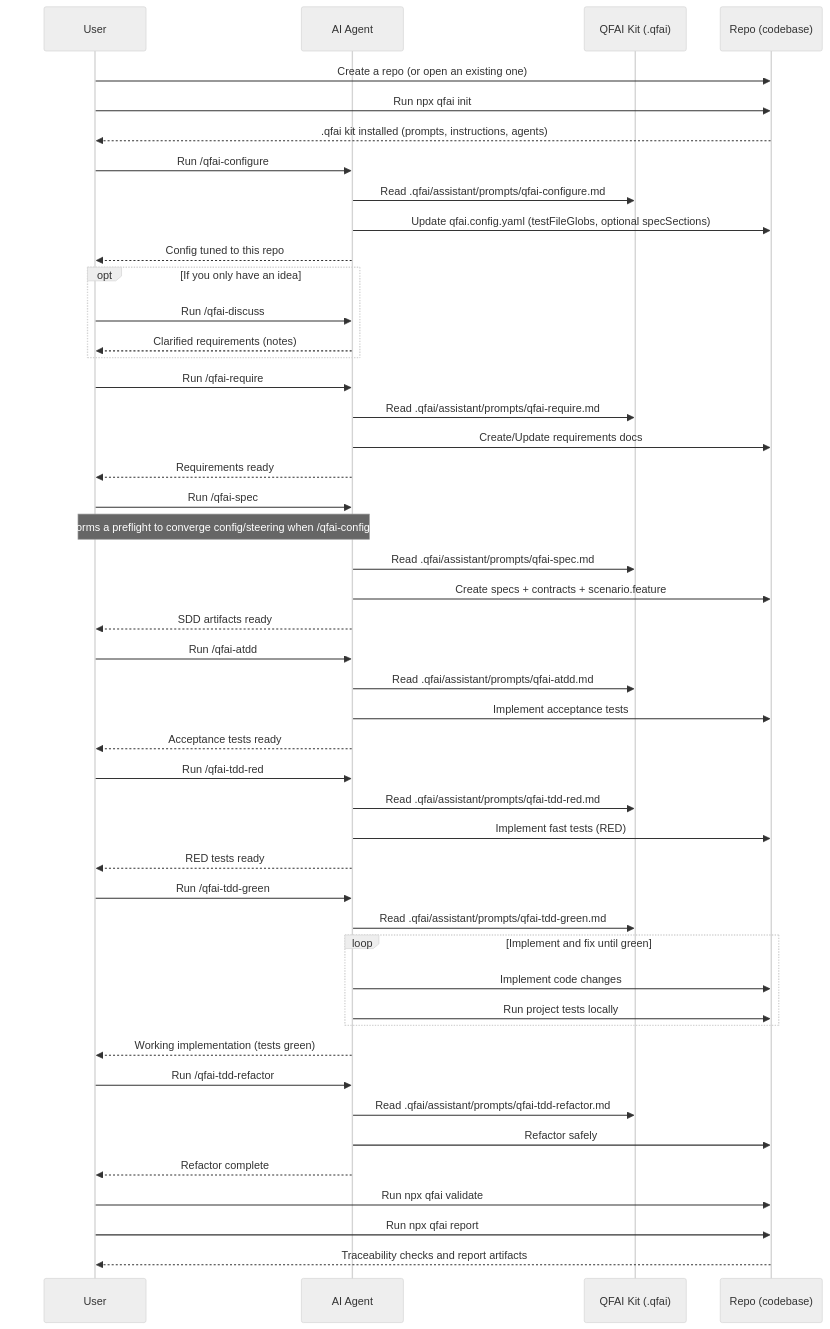
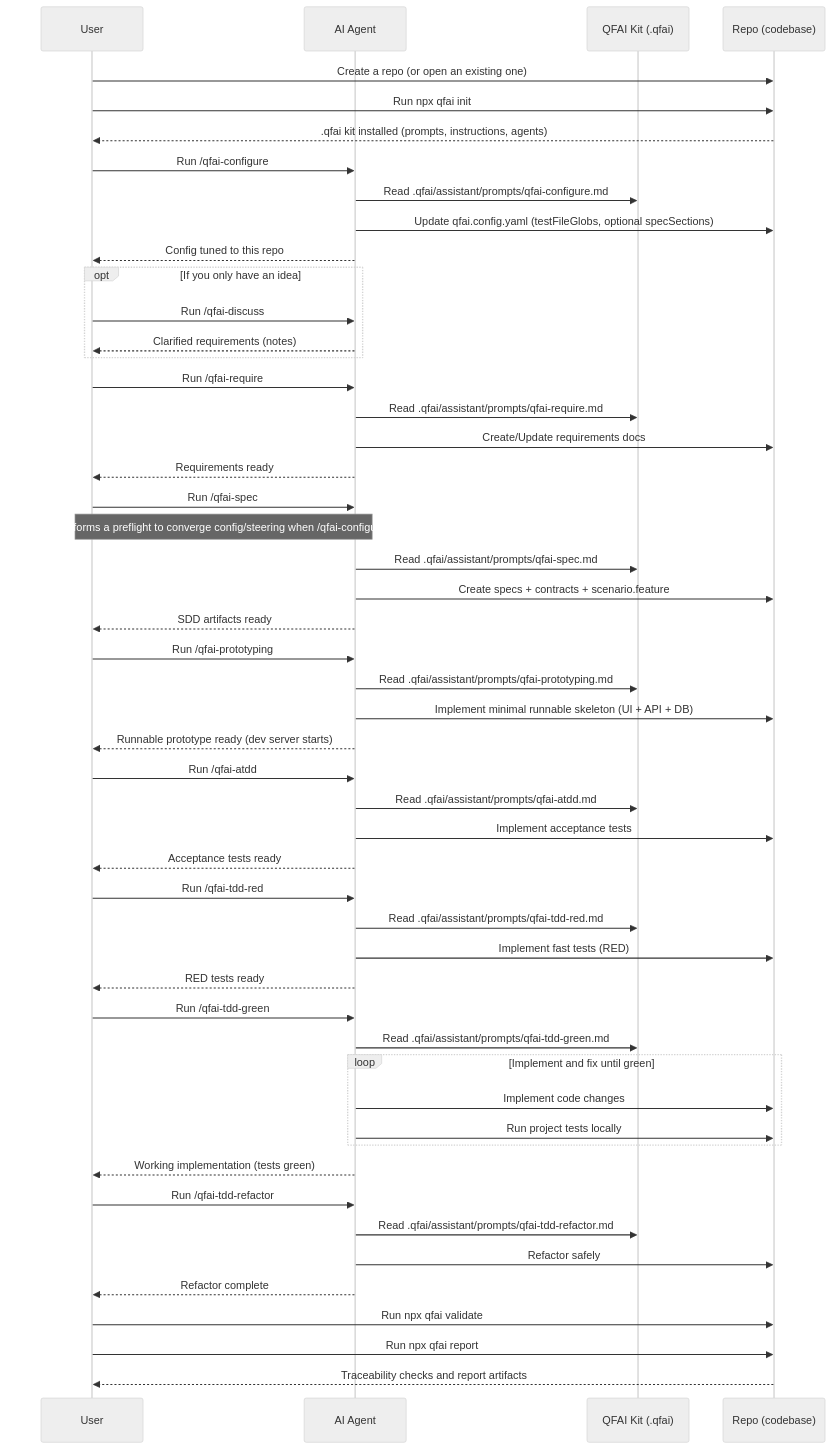
Before and after one commit to aganesy/QFAI: the diagram in packages/qfai/README.md, drawn with Mermaid (neutral theme). The commit also changed other lines of this file, not shown here.

Commit message:
docs: add /qfai-prototyping to README workflow sequence
- Add qfai-prototyping to minimal custom prompt set
- Update Mermaid sequence diagram with prototyping step
- Prototyping runs after /qfai-spec and before /qfai-atdd

````diff
--- a/packages/qfai/README.md
+++ b/packages/qfai/README.md
@@ -75,59 +76,64 @@
 ```mermaid
 sequenceDiagram
 participant U as User
 participant AG as AI Agent
 participant Q as QFAI Kit (.qfai)
 participant R as Repo (codebase)
 
 U->>R: Create a repo (or open an existing one)
 U->>R: Run npx qfai init
 R-->>U: .qfai kit installed (prompts, instructions, agents)
 
 U->>AG: Run /qfai-configure
 AG->>Q: Read .qfai/assistant/prompts/qfai-configure.md
 AG->>R: Update qfai.config.yaml (testFileGlobs, optional specSections)
 AG-->>U: Config tuned to this repo
 
 opt If you only have an idea
 U->>AG: Run /qfai-discuss
 AG-->>U: Clarified requirements (notes)
 end
 
 U->>AG: Run /qfai-require
 AG->>Q: Read .qfai/assistant/prompts/qfai-require.md
 AG->>R: Create/Update requirements docs
 AG-->>U: Requirements ready
 
 U->>AG: Run /qfai-spec
 Note over U,AG: /qfai-spec performs a preflight to converge config/steering when /qfai-configure is skipped.
 AG->>Q: Read .qfai/assistant/prompts/qfai-spec.md
 AG->>R: Create specs + contracts + scenario.feature
 AG-->>U: SDD artifacts ready
 
+U->>AG: Run /qfai-prototyping
+AG->>Q: Read .qfai/assistant/prompts/qfai-prototyping.md
+AG->>R: Implement minimal runnable skeleton (UI + API + DB)
+AG-->>U: Runnable prototype ready (dev server starts)
+
 U->>AG: Run /qfai-atdd
 AG->>Q: Read .qfai/assistant/prompts/qfai-atdd.md
 AG->>R: Implement acceptance tests
 AG-->>U: Acceptance tests ready
 
 U->>AG: Run /qfai-tdd-red
 AG->>Q: Read .qfai/assistant/prompts/qfai-tdd-red.md
 AG->>R: Implement fast tests (RED)
 AG-->>U: RED tests ready
 
 U->>AG: Run /qfai-tdd-green
 AG->>Q: Read .qfai/assistant/prompts/qfai-tdd-green.md
 loop Implement and fix until green
 AG->>R: Implement code changes
 AG->>R: Run project tests locally
 end
 AG-->>U: Working implementation (tests green)
 
 U->>AG: Run /qfai-tdd-refactor
 AG->>Q: Read .qfai/assistant/prompts/qfai-tdd-refactor.md
 AG->>R: Refactor safely
 AG-->>U: Refactor complete
 
 U->>R: Run npx qfai validate
 U->>R: Run npx qfai report
 R-->>U: Traceability checks and report artifacts
 ```
````
